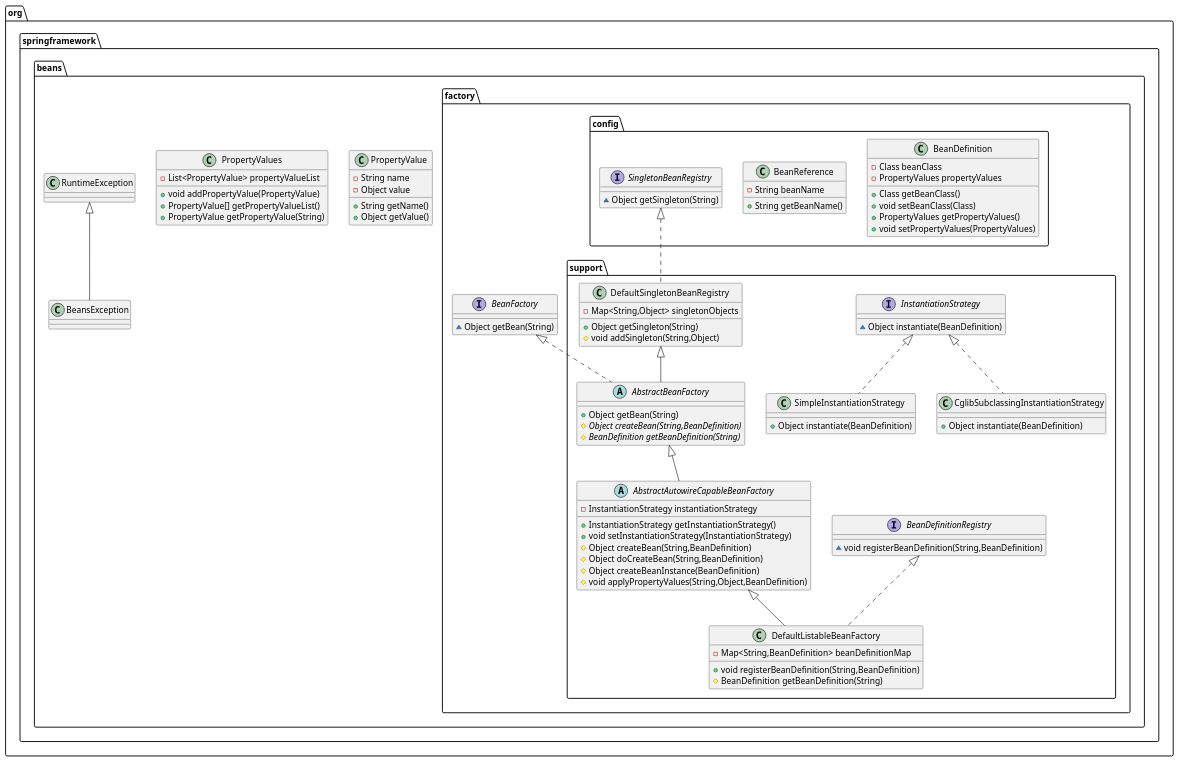
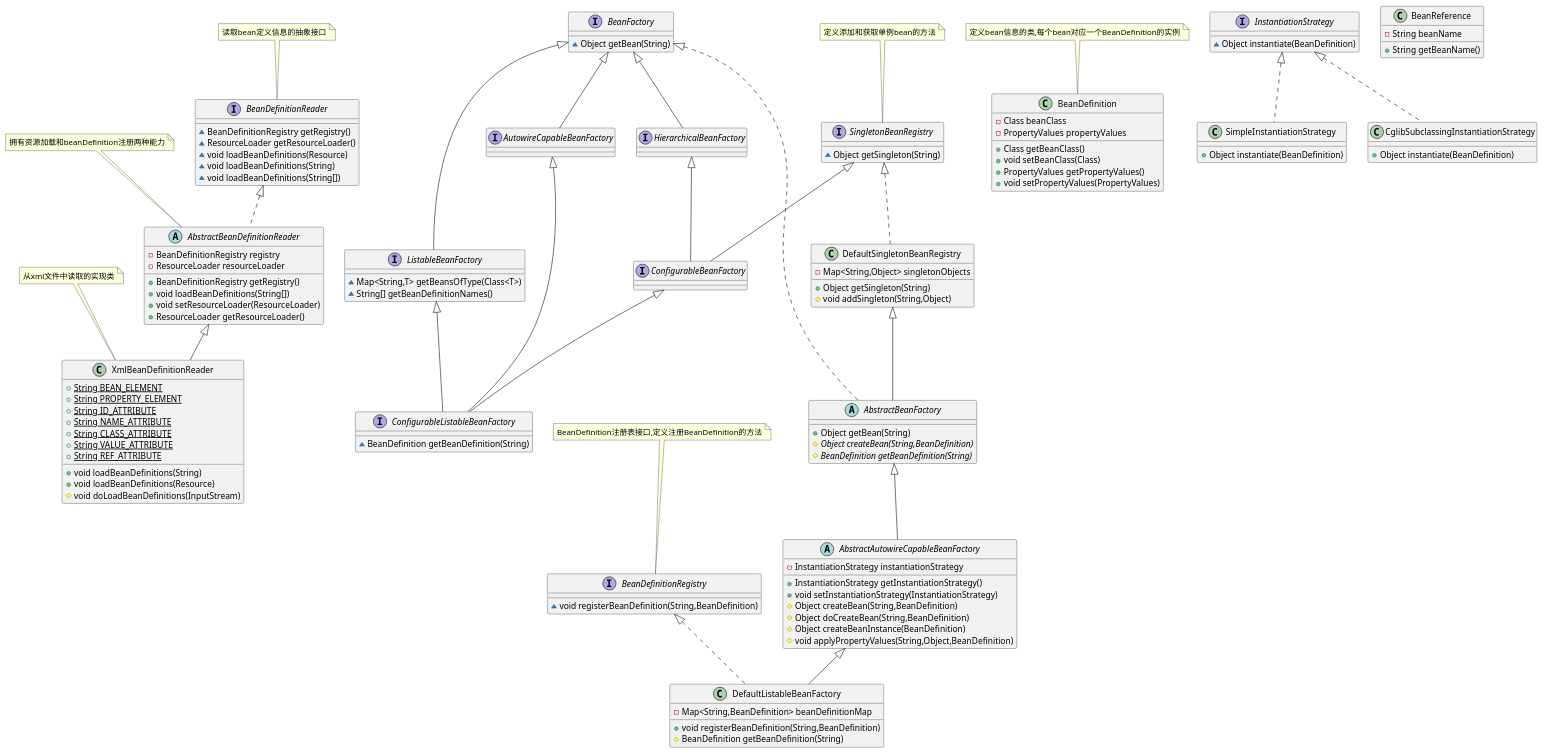
Before and after one commit to Zhou-Ru-Xuan/minispring: the diagram in src/main/resources/beanFactory.puml, drawn with PlantUML. The commit also changed 13 other files, not shown here.

```diff
--- a/src/main/resources/beanFactory.puml
+++ b/src/main/resources/beanFactory.puml
@@ -1,102 +1,146 @@
 @startuml
-class org.springframework.beans.factory.config.BeanDefinition {
+interface BeanDefinitionReader {
+~ BeanDefinitionRegistry getRegistry()
+~ ResourceLoader getResourceLoader()
+~ void loadBeanDefinitions(Resource)
+~ void loadBeanDefinitions(String)
+~ void loadBeanDefinitions(String[])
+}
+note top:读取bean定义信息的抽象接口
+
+abstract class AbstractBeanDefinitionReader {
+- BeanDefinitionRegistry registry
+- ResourceLoader resourceLoader
++ BeanDefinitionRegistry getRegistry()
++ void loadBeanDefinitions(String[])
++ void setResourceLoader(ResourceLoader)
++ ResourceLoader getResourceLoader()
+}
+note top:拥有资源加载和beanDefinition注册两种能力
+
+
+interface ListableBeanFactory {
+~ Map<String,T> getBeansOfType(Class<T>)
+~ String[] getBeanDefinitionNames()
+}
+
+class BeanDefinition {
 - Class beanClass
 - PropertyValues propertyValues
 + Class getBeanClass()
 + void setBeanClass(Class)
 + PropertyValues getPropertyValues()
 + void setPropertyValues(PropertyValues)
 }
+note top:定义bean信息的类,每个bean对应一个BeanDefinition的实例
 
 
-class org.springframework.beans.factory.support.SimpleInstantiationStrategy {
+class SimpleInstantiationStrategy {
 + Object instantiate(BeanDefinition)
 }
 
-interface org.springframework.beans.factory.support.InstantiationStrategy {
+interface InstantiationStrategy {
 ~ Object instantiate(BeanDefinition)
 }
 
-interface org.springframework.beans.factory.BeanFactory {
+interface BeanFactory {
 ~ Object getBean(String)
 }
 
-class org.springframework.beans.factory.config.BeanReference {
+class BeanReference {
 - String beanName
 + String getBeanName()
 }
 
 
-class org.springframework.beans.factory.support.CglibSubclassingInstantiationStrategy {
+class CglibSubclassingInstantiationStrategy {
 + Object instantiate(BeanDefinition)
 }
 
-class org.springframework.beans.factory.support.DefaultListableBeanFactory {
+class DefaultListableBeanFactory {
 - Map<String,BeanDefinition> beanDefinitionMap
 + void registerBeanDefinition(String,BeanDefinition)
 # BeanDefinition getBeanDefinition(String)
 }
 
 
-interface org.springframework.beans.factory.config.SingletonBeanRegistry {
+interface AutowireCapableBeanFactory {
+}
+interface ConfigurableBeanFactory {
+}
+interface SingletonBeanRegistry {
 ~ Object getSingleton(String)
 }
+note top:定义添加和获取单例bean的方法
 
-interface org.springframework.beans.factory.support.BeanDefinitionRegistry {
+interface BeanDefinitionRegistry {
 ~ void registerBeanDefinition(String,BeanDefinition)
 }
+note top:BeanDefinition注册表接口,定义注册BeanDefinition的方法
 
-class org.springframework.beans.BeansException {
-}
-abstract class org.springframework.beans.factory.support.AbstractBeanFactory {
+abstract class AbstractBeanFactory {
 + Object getBean(String)
 # {abstract}Object createBean(String,BeanDefinition)
 # {abstract}BeanDefinition getBeanDefinition(String)
 }
 
-class org.springframework.beans.PropertyValue {
-- String name
-- Object value
-+ String getName()
-+ Object getValue()
+interface HierarchicalBeanFactory {
 }
-
-
-class org.springframework.beans.factory.support.DefaultSingletonBeanRegistry {
+class DefaultSingletonBeanRegistry {
 - Map<String,Object> singletonObjects
 + Object getSingleton(String)
 # void addSingleton(String,Object)
 }
 
 
-class org.springframework.beans.PropertyValues {
-- List<PropertyValue> propertyValueList
-+ void addPropertyValue(PropertyValue)
-+ PropertyValue[] getPropertyValueList()
-+ PropertyValue getPropertyValue(String)
-}
-
-
-abstract class org.springframework.beans.factory.support.AbstractAutowireCapableBeanFactory {
+abstract class AbstractAutowireCapableBeanFactory {
 - InstantiationStrategy instantiationStrategy
 + InstantiationStrategy getInstantiationStrategy()
 + void setInstantiationStrategy(InstantiationStrategy)
 # Object createBean(String,BeanDefinition)
 # Object doCreateBean(String,BeanDefinition)
 # Object createBeanInstance(BeanDefinition)
 # void applyPropertyValues(String,Object,BeanDefinition)
 }
 
 
+class XmlBeanDefinitionReader {
++ {static} String BEAN_ELEMENT
++ {static} String PROPERTY_ELEMENT
++ {static} String ID_ATTRIBUTE
++ {static} String NAME_ATTRIBUTE
++ {static} String CLASS_ATTRIBUTE
++ {static} String VALUE_ATTRIBUTE
++ {static} String REF_ATTRIBUTE
++ void loadBeanDefinitions(String)
++ void loadBeanDefinitions(Resource)
+# void doLoadBeanDefinitions(InputStream)
+}
+note top:从xml文件中读取的实现类
 
 
-org.springframework.beans.factory.support.InstantiationStrategy <|.. org.springframework.beans.factory.support.SimpleInstantiationStrategy
-org.springframework.beans.factory.support.InstantiationStrategy <|.. org.springframework.beans.factory.support.CglibSubclassingInstantiationStrategy
-org.springframework.beans.factory.support.BeanDefinitionRegistry <|.. org.springframework.beans.factory.support.DefaultListableBeanFactory
-org.springframework.beans.factory.support.AbstractAutowireCapableBeanFactory <|-- org.springframework.beans.factory.support.DefaultListableBeanFactory
-org.springframework.beans.RuntimeException <|-- org.springframework.beans.BeansException
-org.springframework.beans.factory.BeanFactory <|.. org.springframework.beans.factory.support.AbstractBeanFactory
-org.springframework.beans.factory.support.DefaultSingletonBeanRegistry <|-- org.springframework.beans.factory.support.AbstractBeanFactory
-org.springframework.beans.factory.config.SingletonBeanRegistry <|.. org.springframework.beans.factory.support.DefaultSingletonBeanRegistry
-org.springframework.beans.factory.support.AbstractBeanFactory <|-- org.springframework.beans.factory.support.AbstractAutowireCapableBeanFactory
+interface ConfigurableListableBeanFactory {
+~ BeanDefinition getBeanDefinition(String)
+}
+
+
+
+BeanDefinitionReader <|.. AbstractBeanDefinitionReader
+BeanFactory <|-- ListableBeanFactory
+InstantiationStrategy <|.. SimpleInstantiationStrategy
+InstantiationStrategy <|.. CglibSubclassingInstantiationStrategy
+BeanDefinitionRegistry <|.. DefaultListableBeanFactory
+AbstractAutowireCapableBeanFactory <|-- DefaultListableBeanFactory
+BeanFactory <|-- AutowireCapableBeanFactory
+HierarchicalBeanFactory <|-- ConfigurableBeanFactory
+SingletonBeanRegistry <|-- ConfigurableBeanFactory
+BeanFactory <|.. AbstractBeanFactory
+DefaultSingletonBeanRegistry <|-- AbstractBeanFactory
+BeanFactory <|-- HierarchicalBeanFactory
+SingletonBeanRegistry <|.. DefaultSingletonBeanRegistry
+AbstractBeanFactory <|-- AbstractAutowireCapableBeanFactory
+AbstractBeanDefinitionReader <|-- XmlBeanDefinitionReader
+ListableBeanFactory <|-- ConfigurableListableBeanFactory
+AutowireCapableBeanFactory <|-- ConfigurableListableBeanFactory
+ConfigurableBeanFactory <|-- ConfigurableListableBeanFactory
 @enduml
```
